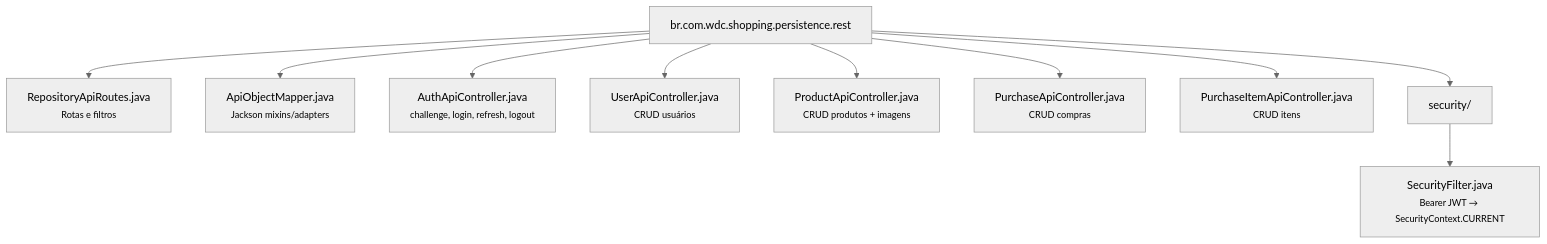
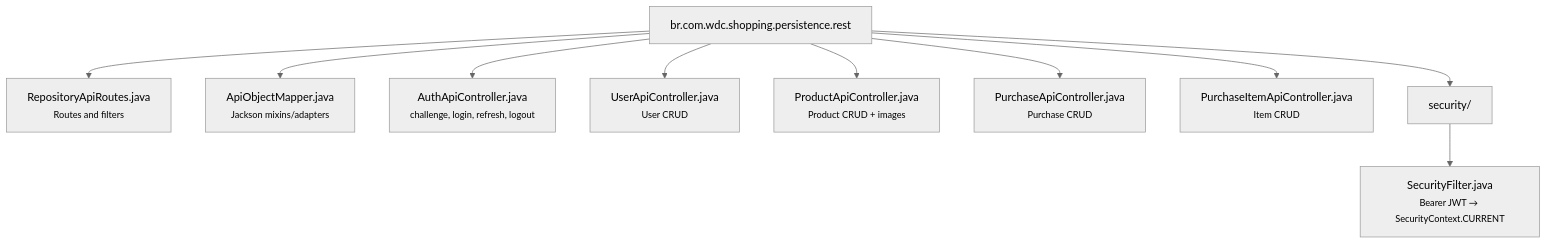
The diagram in fontes/br.com.wdc.shopping/br.com.wdc.shopping.persistence/persistence.rest/README.md (mrcdom/wdc-cube-java-v2), drawn with Mermaid (neutral theme) before and after one commit. The commit also changed other lines of this file and 69 other files, not shown here.

````diff
--- a/fontes/br.com.wdc.shopping/br.com.wdc.shopping.persistence/persistence.rest/README.md
+++ b/fontes/br.com.wdc.shopping/br.com.wdc.shopping.persistence/persistence.rest/README.md
@@ -16,13 +16,13 @@
 ```mermaid
 graph TD
     root["br.com.wdc.shopping.persistence.rest"]
-    root --> Routes["RepositoryApiRoutes.java<br/><small>Rotas e filtros</small>"]
+    root --> Routes["RepositoryApiRoutes.java<br/><small>Routes and filters</small>"]
     root --> Mapper["ApiObjectMapper.java<br/><small>Jackson mixins/adapters</small>"]
     root --> AuthCtrl["AuthApiController.java<br/><small>challenge, login, refresh, logout</small>"]
-    root --> UserCtrl["UserApiController.java<br/><small>CRUD usuários</small>"]
-    root --> ProductCtrl["ProductApiController.java<br/><small>CRUD produtos + imagens</small>"]
-    root --> PurchaseCtrl["PurchaseApiController.java<br/><small>CRUD compras</small>"]
-    root --> PurchItemCtrl["PurchaseItemApiController.java<br/><small>CRUD itens</small>"]
+    root --> UserCtrl["UserApiController.java<br/><small>User CRUD</small>"]
+    root --> ProductCtrl["ProductApiController.java<br/><small>Product CRUD + images</small>"]
+    root --> PurchaseCtrl["PurchaseApiController.java<br/><small>Purchase CRUD</small>"]
+    root --> PurchItemCtrl["PurchaseItemApiController.java<br/><small>Item CRUD</small>"]
     root --> security["security/"]
     security --> Filter["SecurityFilter.java<br/><small>Bearer JWT → SecurityContext.CURRENT</small>"]
 ```
````
